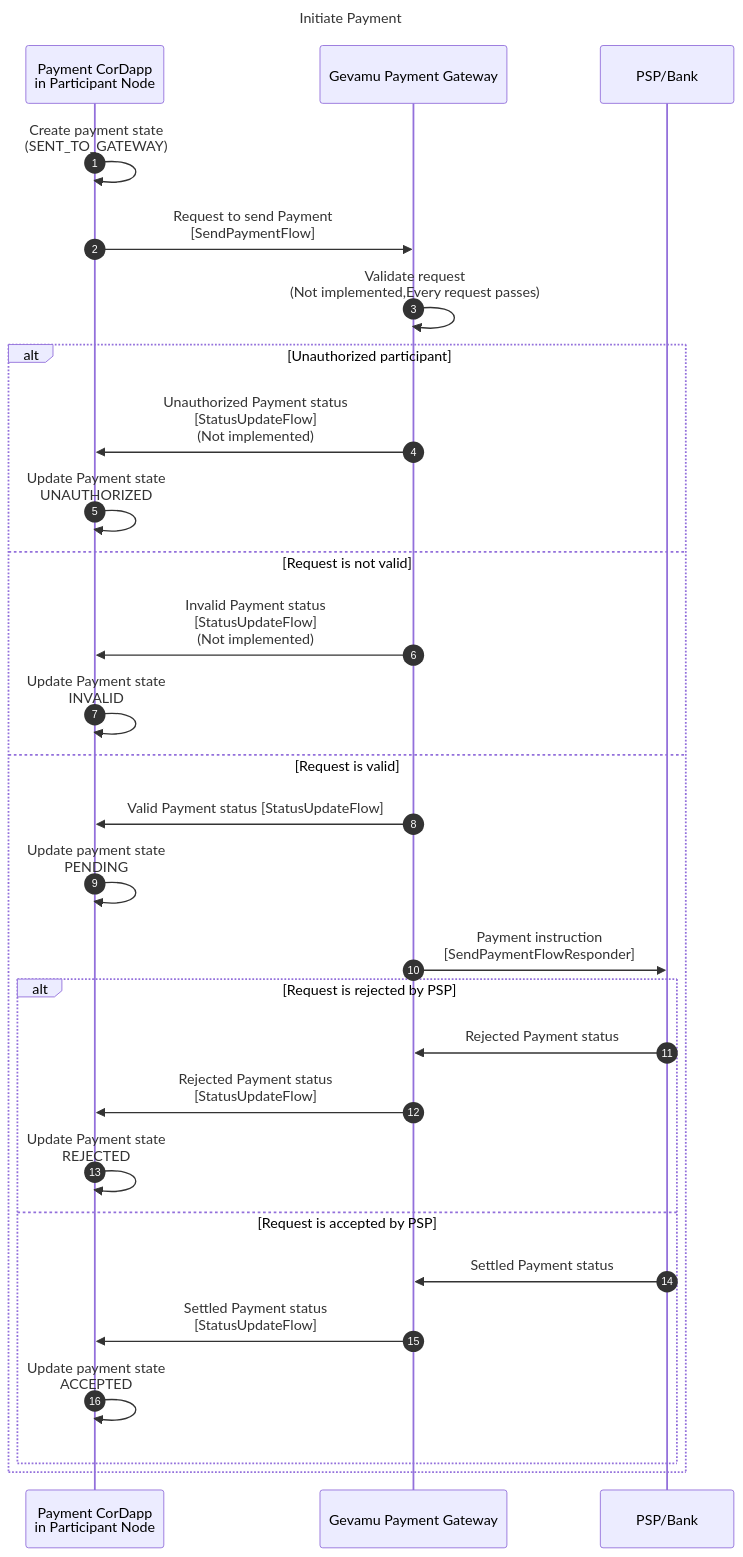
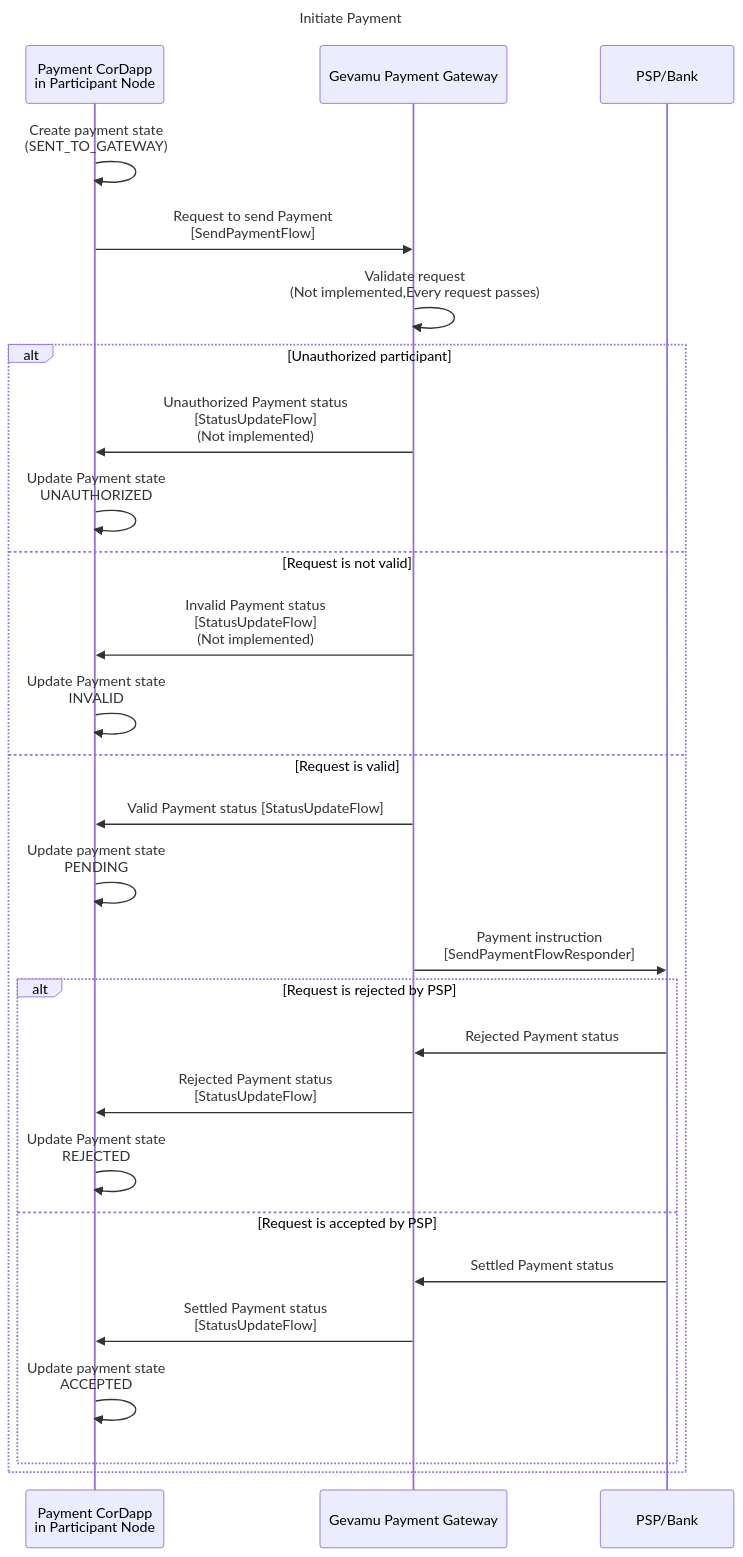
One commit to gevamu/gevamu.github.io changed the diagram in content/3.workflow/4.payment-initiation.md. Above: the diagram before and after it, drawn with Mermaid.

Commit message:
remove autonumbering

````diff
--- a/content/3.workflow/4.payment-initiation.md
+++ b/content/3.workflow/4.payment-initiation.md
@@ -21,52 +21,51 @@
 ```mermaid
 ---
 title: Initiate Payment
 ---
 sequenceDiagram
-    autonumber
    
     participant pcd as Payment CorDapp<br/> in Participant Node
     participant gpg as Gevamu Payment Gateway
     participant psp as PSP/Bank
 
     pcd ->> pcd: Create payment state <br/>(SENT_TO_GATEWAY)
     pcd ->> gpg: Request to send Payment<br/>[SendPaymentFlow]
     gpg ->> gpg: Validate request<br/>(Not implemented,Every request passes)
 
 %% Unauthorized participant
     
     alt Unauthorized participant
         gpg ->> pcd: Unauthorized Payment status <br/>[StatusUpdateFlow] <br/> (Not implemented)
         pcd ->> pcd: Update Payment state <br/> UNAUTHORIZED
 
 %% invalid request
 
     else Request is not valid
         gpg ->> pcd: Invalid Payment status <br/> [StatusUpdateFlow] <br/> (Not implemented)
         pcd ->> pcd: Update Payment state <br/> INVALID
 
 %% Valid request
 
     else Request is valid
         gpg ->> pcd: Valid Payment status [StatusUpdateFlow]
         pcd ->> pcd: Update payment state <br/> PENDING
         gpg ->> psp: Payment instruction <br/> [SendPaymentFlowResponder]
 
     %% Rejected by PSP
 
         alt Request is rejected by PSP
             psp ->> gpg: Rejected Payment status
             gpg ->> pcd: Rejected Payment status <br/>  [StatusUpdateFlow]
             pcd ->> pcd: Update Payment state <br/> REJECTED
 
     %% Accepted by PSP 
 
         else Request is accepted by PSP
             psp ->> gpg: Settled Payment status
             gpg ->> pcd: Settled Payment status <br/>  [StatusUpdateFlow]
             pcd ->> pcd: Update payment state <br/> ACCEPTED
         end
 
     end
 
 ```
````
